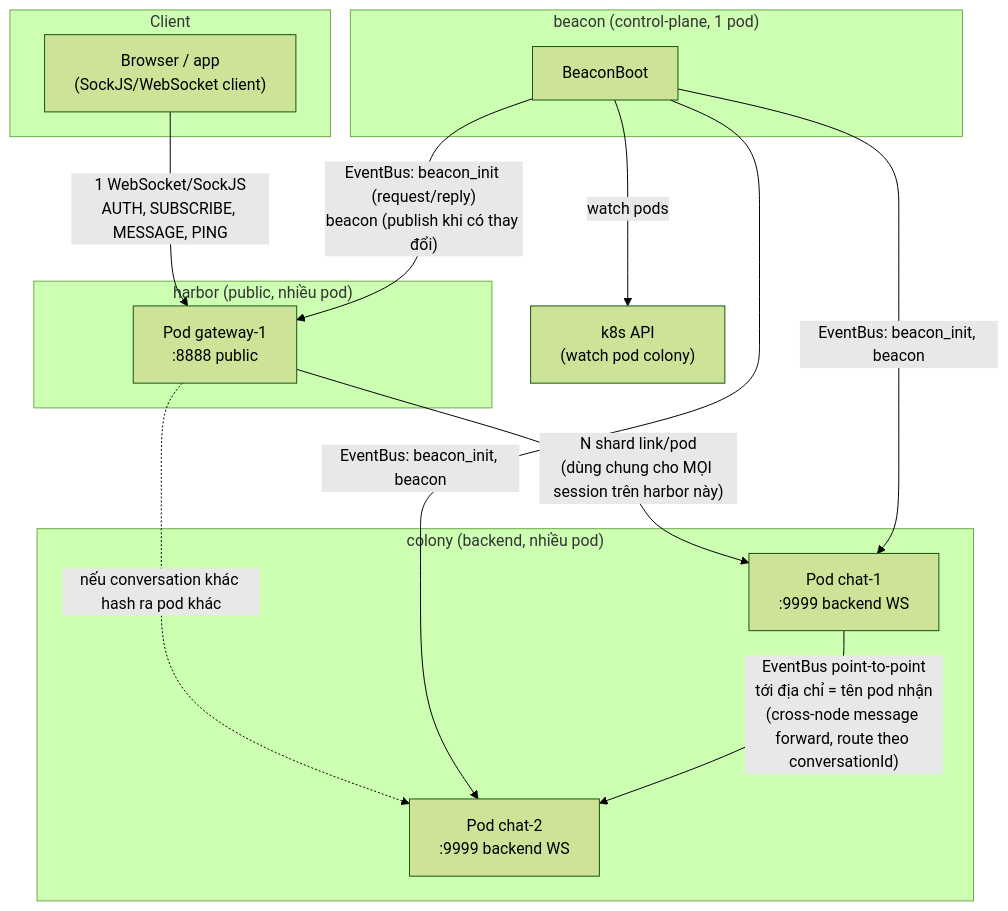
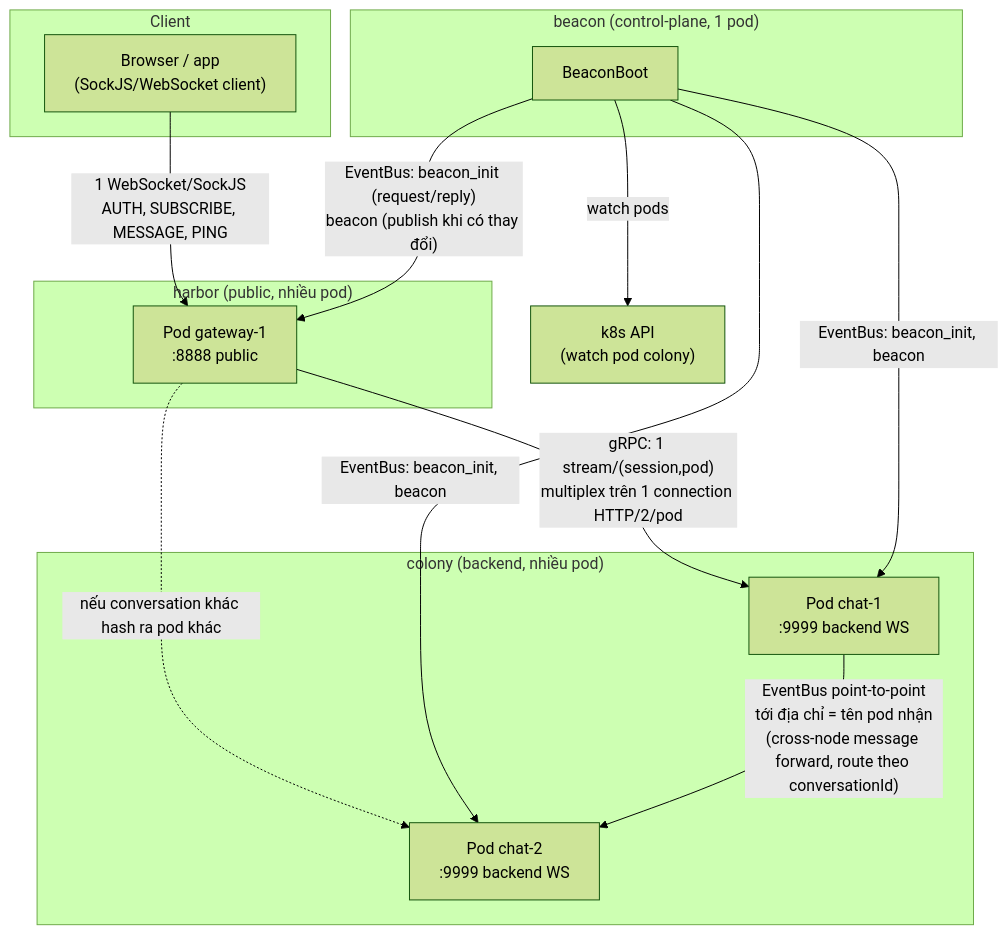
One commit to namnv98/pingo changed the first of 3 diagrams in ARCHITECTURE.md. Above: the diagram before and after it, drawn with Mermaid (forest theme). The commit also changed other lines of this file and 670 other files, not shown here.

````diff
--- a/ARCHITECTURE.md
+++ b/ARCHITECTURE.md
@@ -28,32 +29,32 @@
 ```mermaid
 graph TB
     subgraph client["Client"]
         Browser["Browser / app<br/>(SockJS/WebSocket client)"]
     end
 
     subgraph gw["harbor (public, nhiều pod)"]
         GW1["Pod gateway-1<br/>:8888 public"]
     end
 
     subgraph chat["colony (backend, nhiều pod)"]
         MC1["Pod chat-1<br/>:9999 backend WS"]
         MC2["Pod chat-2<br/>:9999 backend WS"]
     end
 
     subgraph sig["beacon (control-plane, 1 pod)"]
         SIG["BeaconBoot"]
     end
 
     K8S["k8s API<br/>(watch pod colony)"]
 
     Browser -- "1 WebSocket/SockJS<br/>AUTH, SUBSCRIBE, MESSAGE, PING" --> GW1
-    GW1 -- "N shard link/pod<br/>(dùng chung cho MỌI session trên harbor này)" --> MC1
+    GW1 -- "gRPC: 1 stream/(session,pod)<br/>multiplex trên 1 connection HTTP/2/pod" --> MC1
     GW1 -.->|"nếu conversation khác hash ra pod khác"| MC2
 
     SIG -- "watch pods" --> K8S
     SIG -- "EventBus: beacon_init (request/reply)<br/>beacon (publish khi có thay đổi)" --> GW1
     SIG -- "EventBus: beacon_init, beacon" --> MC1
     SIG -- "EventBus: beacon_init, beacon" --> MC2
 
     MC1 -- "EventBus point-to-point<br/>tới địa chỉ = tên pod nhận<br/>(cross-node message forward, route theo conversationId)" --> MC2
 ```
````
